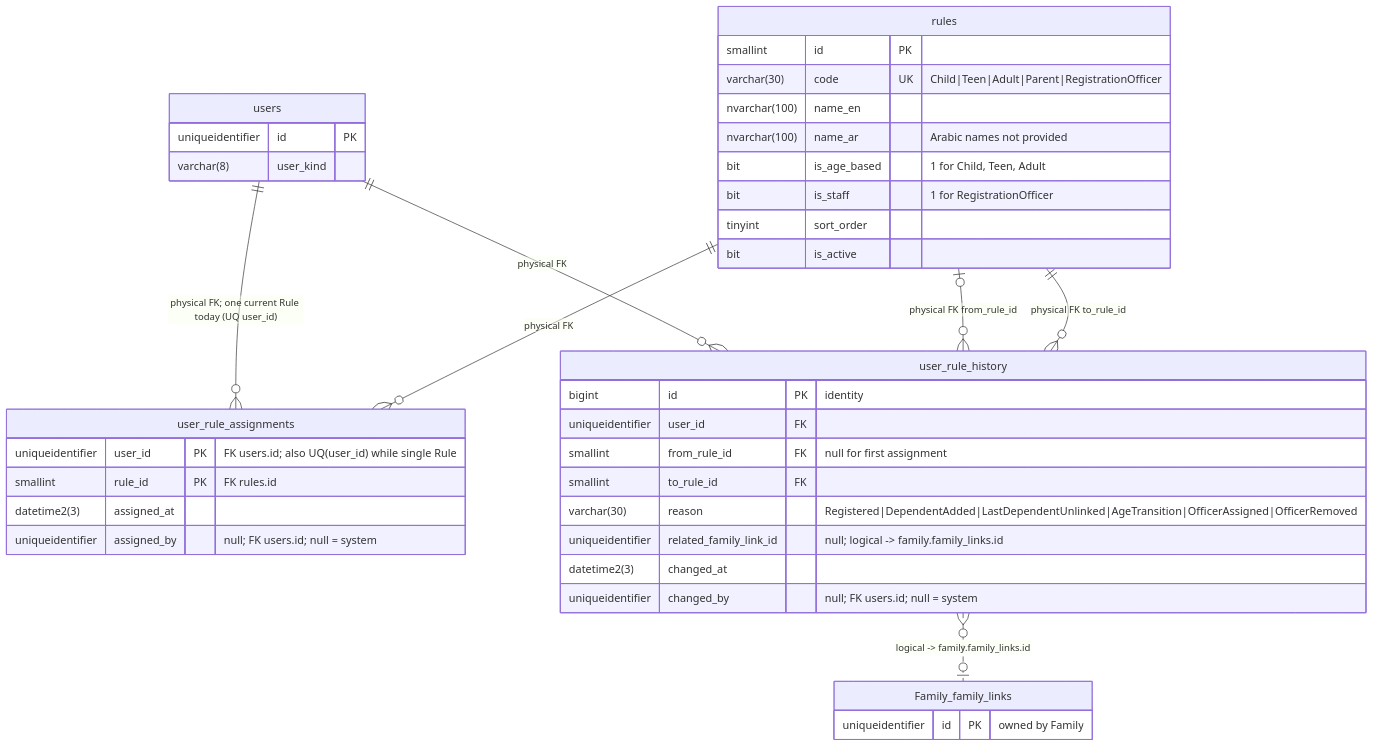
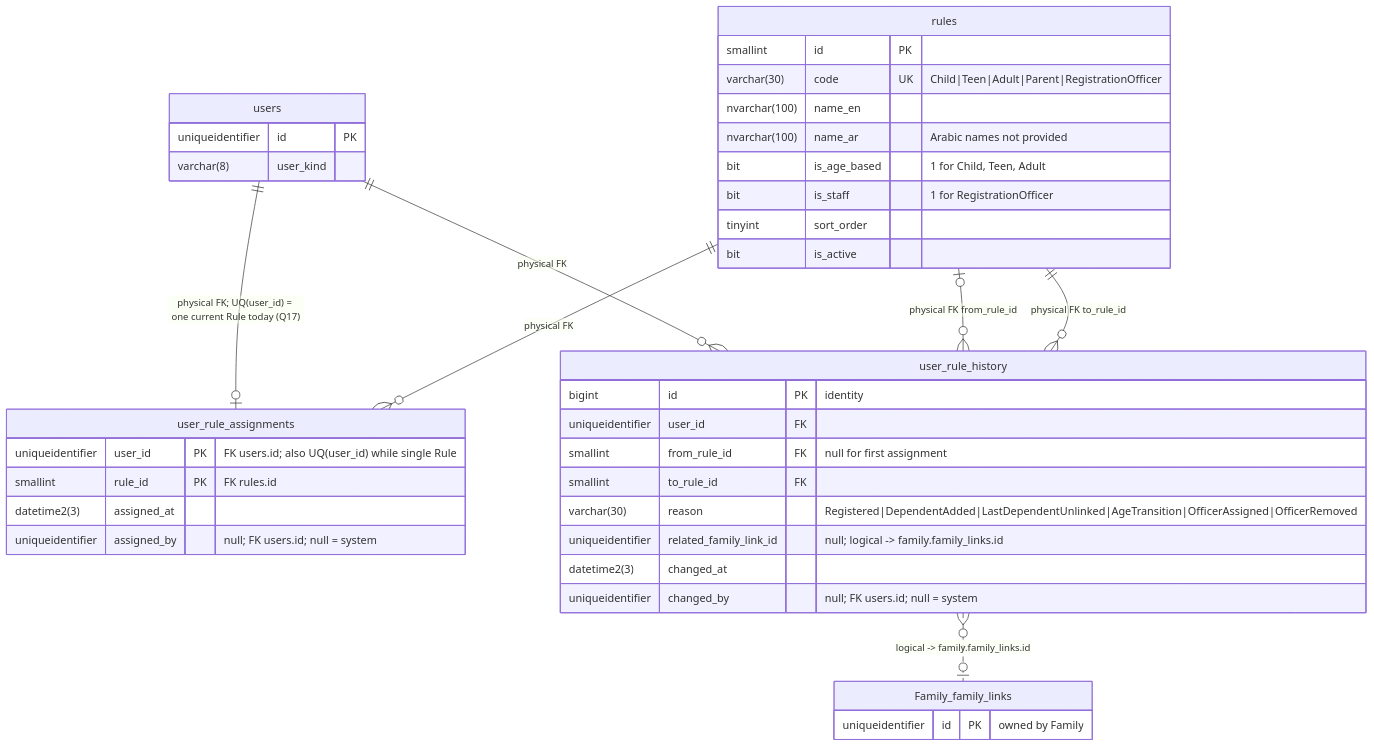
Before and after one commit to DohaTammam/Ilmi-Project: the second of 9 diagrams in docs/database/erd.md, drawn with Mermaid. The commit also changed other lines of this file and 21 other files, not shown here.

Commit message:
add database ERD

````diff
--- a/docs/database/erd.md
+++ b/docs/database/erd.md
@@ -110,43 +110,43 @@
 ```mermaid
 erDiagram
-  users ||--o{ user_rule_assignments : "physical FK; one current Rule today (UQ user_id)"
+  users ||--o| user_rule_assignments : "physical FK; UQ(user_id) = one current Rule today (Q17)"
   rules ||--o{ user_rule_assignments : "physical FK"
   users ||--o{ user_rule_history : "physical FK"
   rules |o--o{ user_rule_history : "physical FK from_rule_id"
   rules ||--o{ user_rule_history : "physical FK to_rule_id"
   user_rule_history }o..o| Family_family_links : "logical -> family.family_links.id"
 
   users {
     uniqueidentifier id PK
     varchar(8) user_kind
   }
   rules {
     smallint id PK
     varchar(30) code UK "Child|Teen|Adult|Parent|RegistrationOfficer"
     nvarchar(100) name_en
     nvarchar(100) name_ar "Arabic names not provided"
     bit is_age_based "1 for Child, Teen, Adult"
     bit is_staff "1 for RegistrationOfficer"
     tinyint sort_order
     bit is_active
   }
   user_rule_assignments {
     uniqueidentifier user_id PK "FK users.id; also UQ(user_id) while single Rule"
     smallint rule_id PK "FK rules.id"
     datetime2(3) assigned_at
     uniqueidentifier assigned_by "null; FK users.id; null = system"
   }
   user_rule_history {
     bigint id PK "identity"
     uniqueidentifier user_id FK
     smallint from_rule_id FK "null for first assignment"
     smallint to_rule_id FK
     varchar(30) reason "Registered|DependentAdded|LastDependentUnlinked|AgeTransition|OfficerAssigned|OfficerRemoved"
     uniqueidentifier related_family_link_id "null; logical -> family.family_links.id"
     datetime2(3) changed_at
     uniqueidentifier changed_by "null; FK users.id; null = system"
   }
   Family_family_links {
     uniqueidentifier id PK "owned by Family"
   }
 ```
````
